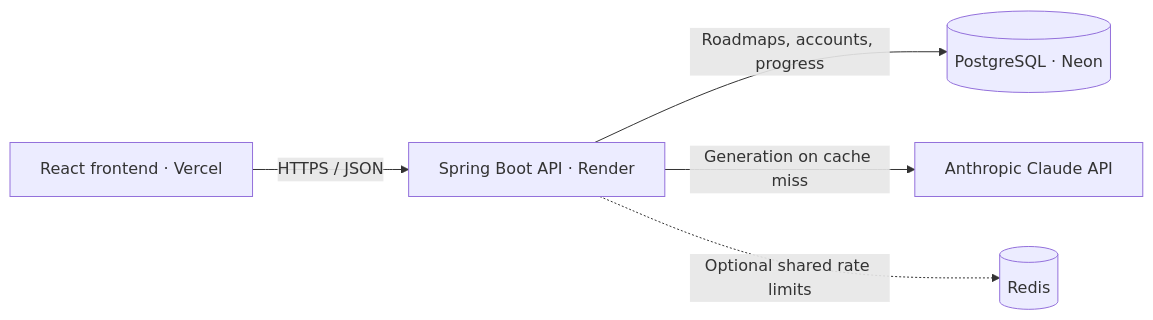
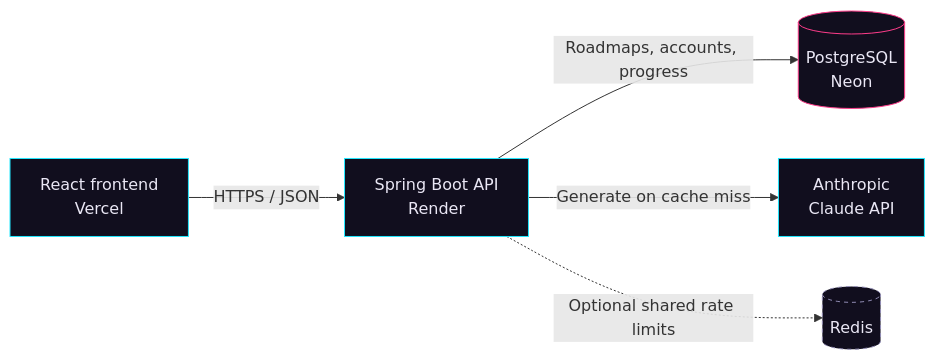
The diagram in README.md (Jainoir/Uncomplex), drawn with Mermaid before and after one commit. The commit also changed other lines of this file and 9 other files, not shown here.

````diff
--- a/README.md
+++ b/README.md
@@ -117,7 +159,14 @@
 ```mermaid
 flowchart LR
-    Browser["React frontend · Vercel"] -->|HTTPS / JSON| API["Spring Boot API · Render"]
-    API -->|Roadmaps, accounts, progress| DB[("PostgreSQL · Neon")]
-    API -->|Generation on cache miss| AI["Anthropic Claude API"]
+    Browser["React frontend<br/>Vercel"] -->|HTTPS / JSON| API["Spring Boot API<br/>Render"]
+    API -->|Roadmaps, accounts, progress| DB[("PostgreSQL<br/>Neon")]
+    API -->|Generate on cache miss| AI["Anthropic<br/>Claude API"]
     API -.->|Optional shared rate limits| Redis[("Redis")]
+
+    classDef app fill:#110e1e,stroke:#22e8ff,color:#eae7f5
+    classDef data fill:#110e1e,stroke:#ff3d8b,color:#eae7f5
+    classDef optional fill:#110e1e,stroke:#918cb4,color:#eae7f5,stroke-dasharray:4 4
+    class Browser,API,AI app
+    class DB data
+    class Redis optional
 ```
````
